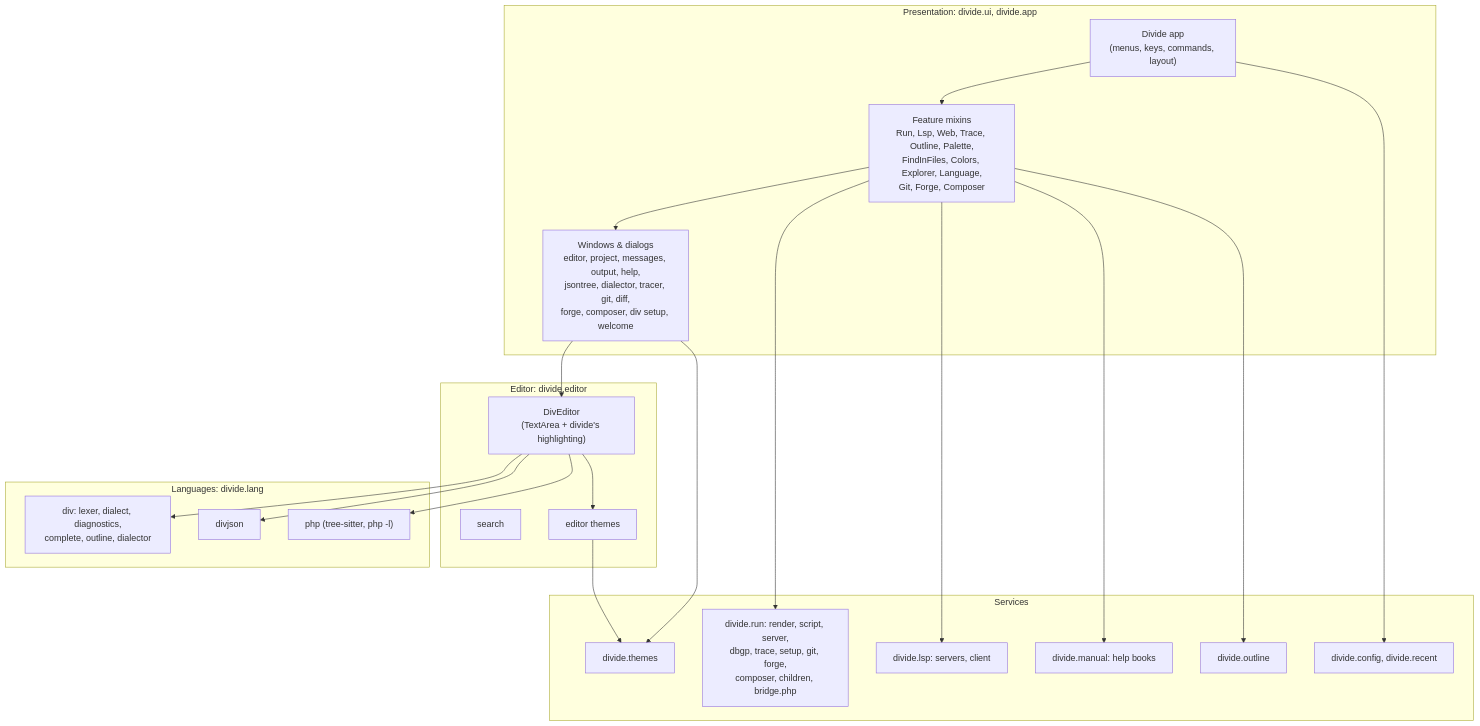
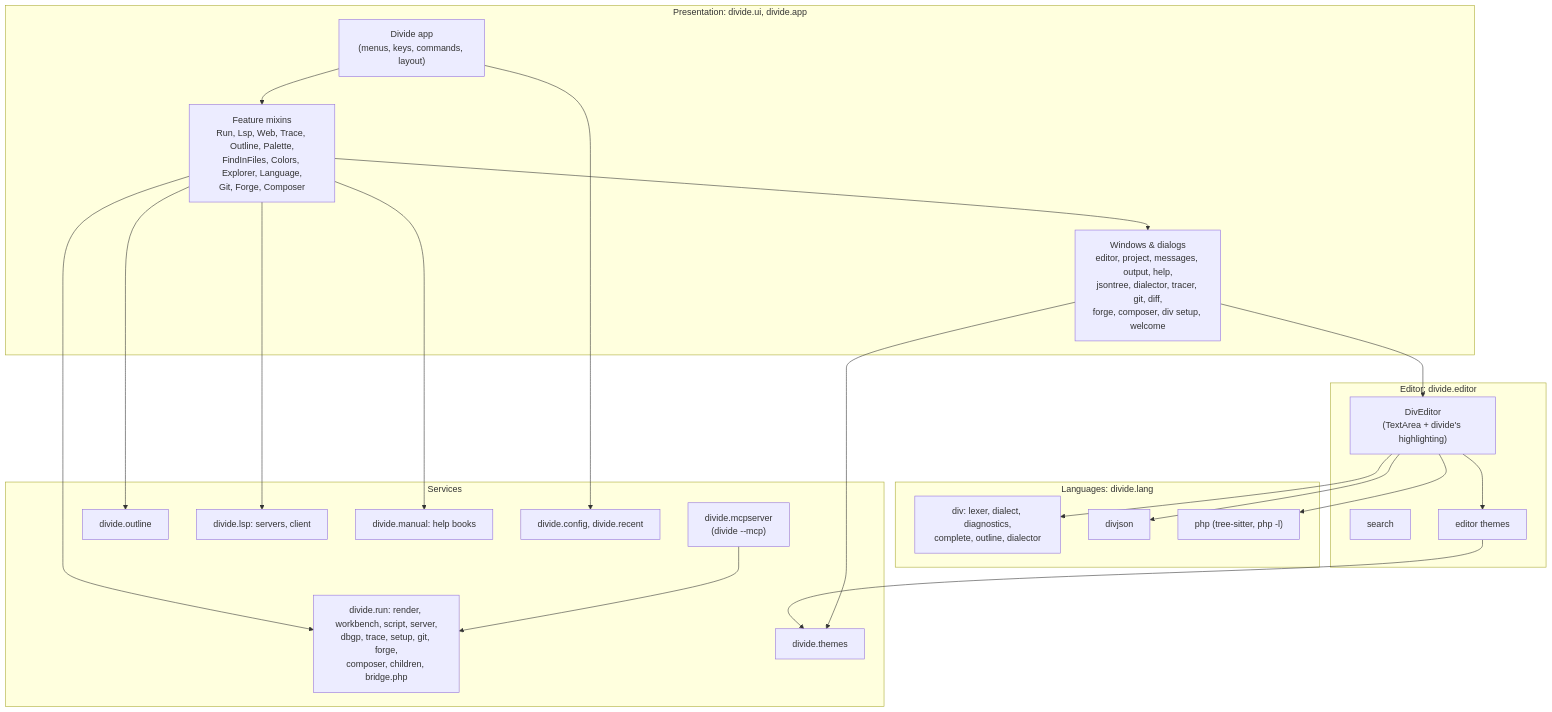
One commit to divengine/divide changed the first of 3 diagrams in docs/software-architecture.md. Above: the diagram before and after it, drawn with Mermaid. The commit also changed other lines of this file and 19 other files, not shown here.

````diff
--- a/docs/software-architecture.md
+++ b/docs/software-architecture.md
@@ -56,33 +56,35 @@
 ```mermaid
 flowchart TB
     subgraph Presentation["Presentation: divide.ui, divide.app"]
         App["Divide app<br/>(menus, keys, commands, layout)"]
         Mixins["Feature mixins<br/>Run, Lsp, Web, Trace, Outline, Palette,<br/>FindInFiles, Colors, Explorer, Language,<br/>Git, Forge, Composer"]
         Windows["Windows & dialogs<br/>editor, project, messages, output, help,<br/>jsontree, dialector, tracer, git, diff,<br/>forge, composer, div setup, welcome"]
     end
     subgraph Editor["Editor: divide.editor"]
         DivEditor["DivEditor<br/>(TextArea + divide's highlighting)"]
         Search["search"]
         ETheme["editor themes"]
     end
     subgraph Languages["Languages: divide.lang"]
         Div["div: lexer, dialect, diagnostics,<br/>complete, outline, dialector"]
         DivJson["divjson"]
         Php["php (tree-sitter, php -l)"]
     end
     subgraph Services["Services"]
-        Run["divide.run: render, script, server,<br/>dbgp, trace, setup, git, forge,<br/>composer, children, bridge.php"]
+        Run["divide.run: render, workbench, script, server,<br/>dbgp, trace, setup, git, forge,<br/>composer, children, bridge.php"]
+        Mcp["divide.mcpserver<br/>(divide --mcp)"]
         Outline["divide.outline"]
         Lsp["divide.lsp: servers, client"]
         Manual["divide.manual: help books"]
         Themes["divide.themes"]
         Config["divide.config, divide.recent"]
     end
     App --> Mixins --> Windows
     Windows --> DivEditor
     Mixins --> Run & Lsp & Manual & Outline
     DivEditor --> Div & DivJson & Php & ETheme
     ETheme --> Themes
     Windows --> Themes
     App --> Config
+    Mcp --> Run
 ```
````
